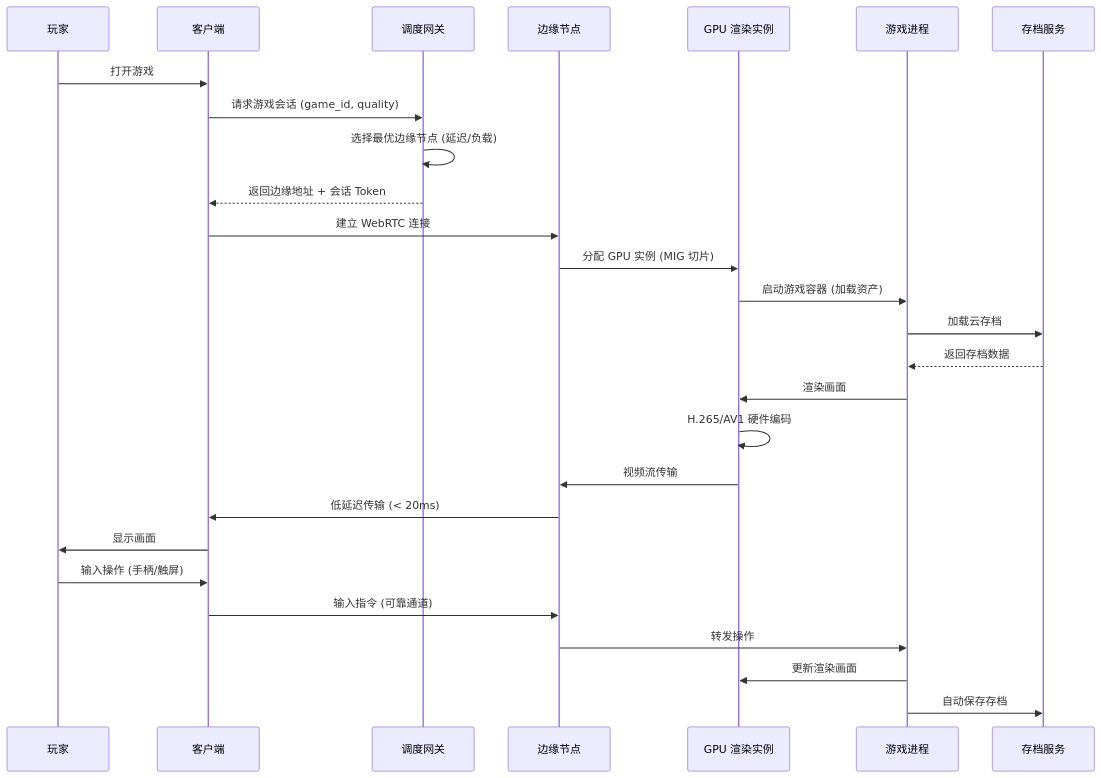
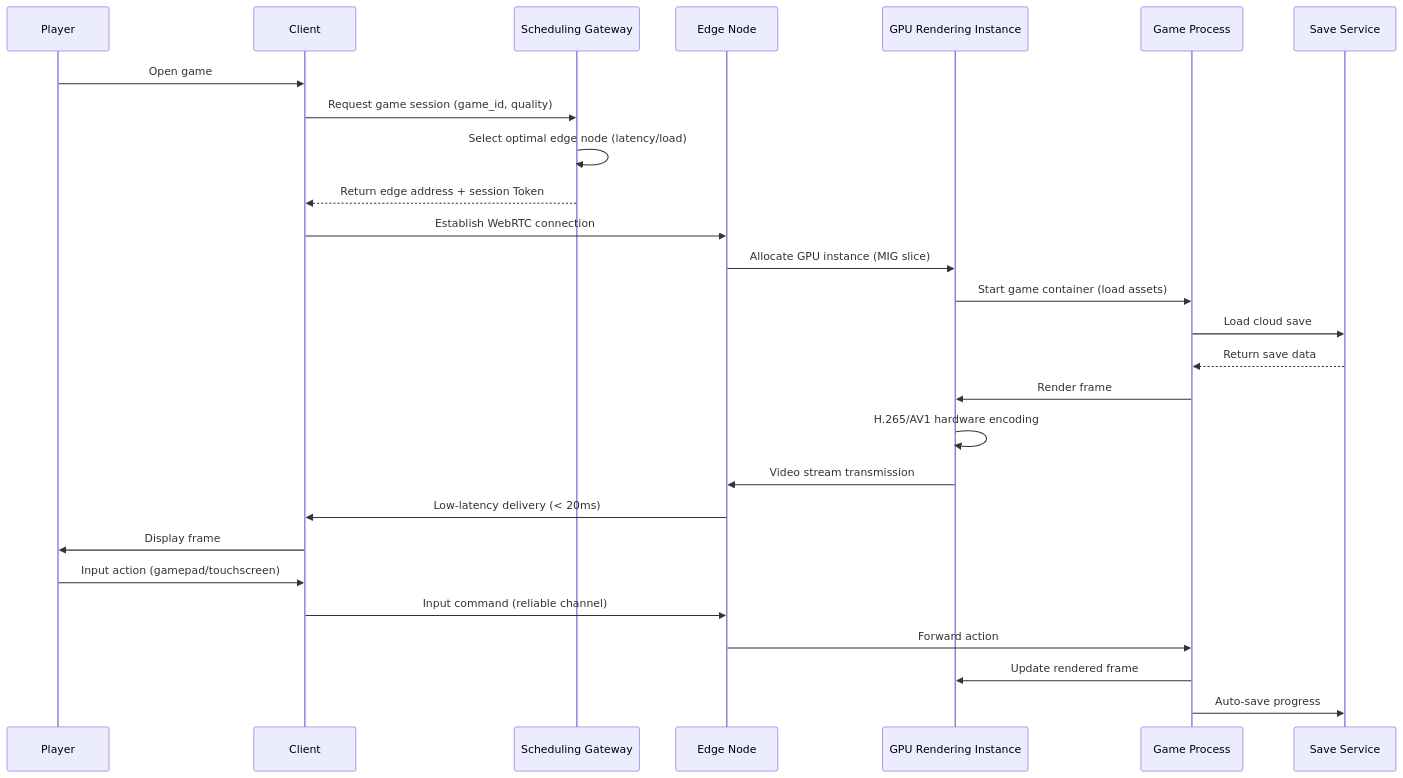
One commit to teaglebuilt/knowledge-tree changed the second of 2 diagrams in tree/application/architecture/cloud-gaming.md. Above: the diagram before and after it, drawn with Mermaid. The commit also changed other lines of this file and 8 other files, not shown here.

````diff
--- a/tree/application/architecture/cloud-gaming.md
+++ b/tree/application/architecture/cloud-gaming.md
@@ -234,30 +236,30 @@
 ```mermaid
 sequenceDiagram
-    participant USER as 玩家
-    participant CLIENT as 客户端
-    participant GATE as 调度网关
-    participant EDGE as 边缘节点
-    participant GPU as GPU 渲染实例
-    participant GAME as 游戏进程
-    participant SAVE as 存档服务
+    participant USER as Player
+    participant CLIENT as Client
+    participant GATE as Scheduling Gateway
+    participant EDGE as Edge Node
+    participant GPU as GPU Rendering Instance
+    participant GAME as Game Process
+    participant SAVE as Save Service
 
-    USER->>CLIENT: 打开游戏
-    CLIENT->>GATE: 请求游戏会话 (game_id, quality)
-    GATE->>GATE: 选择最优边缘节点 (延迟/负载)
-    GATE-->>CLIENT: 返回边缘地址 + 会话 Token
-    CLIENT->>EDGE: 建立 WebRTC 连接
-    EDGE->>GPU: 分配 GPU 实例 (MIG 切片)
-    GPU->>GAME: 启动游戏容器 (加载资产)
-    GAME->>SAVE: 加载云存档
-    SAVE-->>GAME: 返回存档数据
-    GAME->>GPU: 渲染画面
-    GPU->>GPU: H.265/AV1 硬件编码
-    GPU->>EDGE: 视频流传输
-    EDGE->>CLIENT: 低延迟传输 (< 20ms)
-    CLIENT->>USER: 显示画面
-    USER->>CLIENT: 输入操作 (手柄/触屏)
-    CLIENT->>EDGE: 输入指令 (可靠通道)
-    EDGE->>GAME: 转发操作
-    GAME->>GPU: 更新渲染画面
-    GAME->>SAVE: 自动保存存档
+    USER->>CLIENT: Open game
+    CLIENT->>GATE: Request game session (game_id, quality)
+    GATE->>GATE: Select optimal edge node (latency/load)
+    GATE-->>CLIENT: Return edge address + session Token
+    CLIENT->>EDGE: Establish WebRTC connection
+    EDGE->>GPU: Allocate GPU instance (MIG slice)
+    GPU->>GAME: Start game container (load assets)
+    GAME->>SAVE: Load cloud save
+    SAVE-->>GAME: Return save data
+    GAME->>GPU: Render frame
+    GPU->>GPU: H.265/AV1 hardware encoding
+    GPU->>EDGE: Video stream transmission
+    EDGE->>CLIENT: Low-latency delivery (< 20ms)
+    CLIENT->>USER: Display frame
+    USER->>CLIENT: Input action (gamepad/touchscreen)
+    CLIENT->>EDGE: Input command (reliable channel)
+    EDGE->>GAME: Forward action
+    GAME->>GPU: Update rendered frame
+    GAME->>SAVE: Auto-save progress
 ```
````
